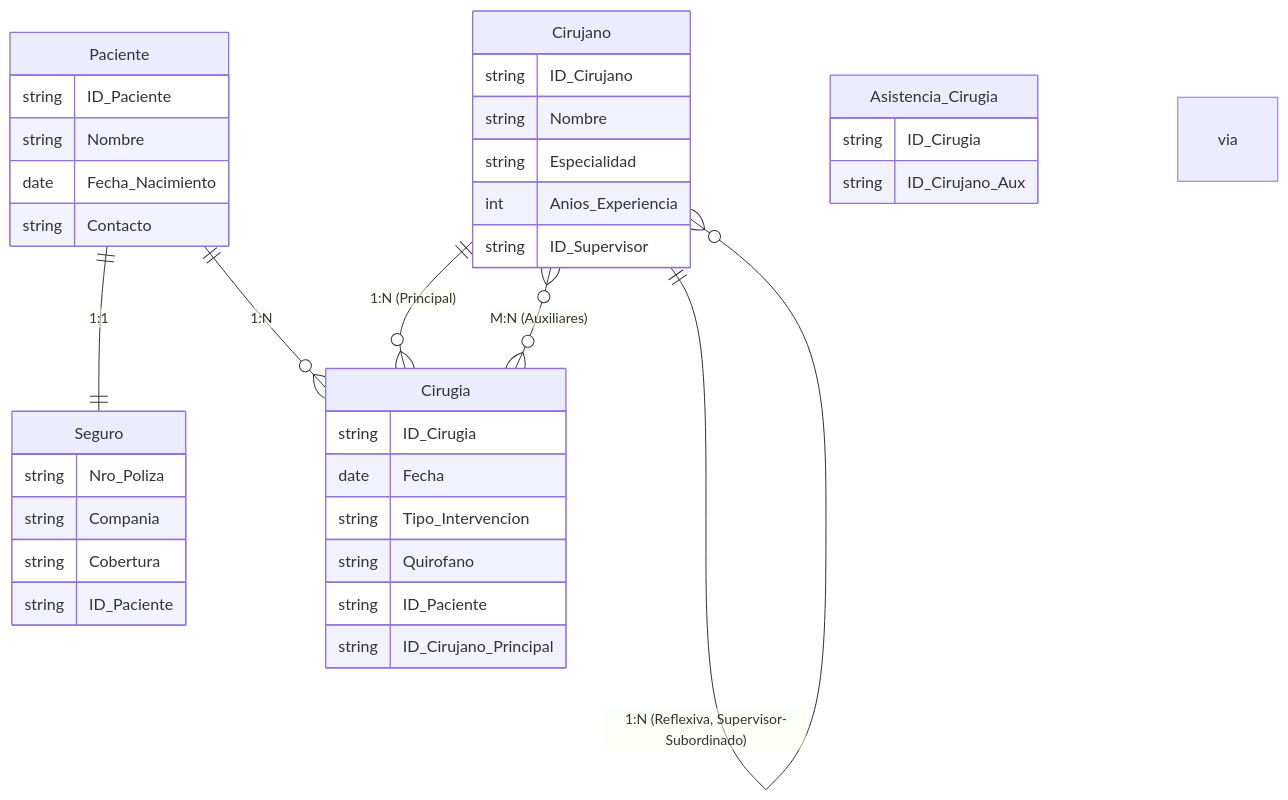
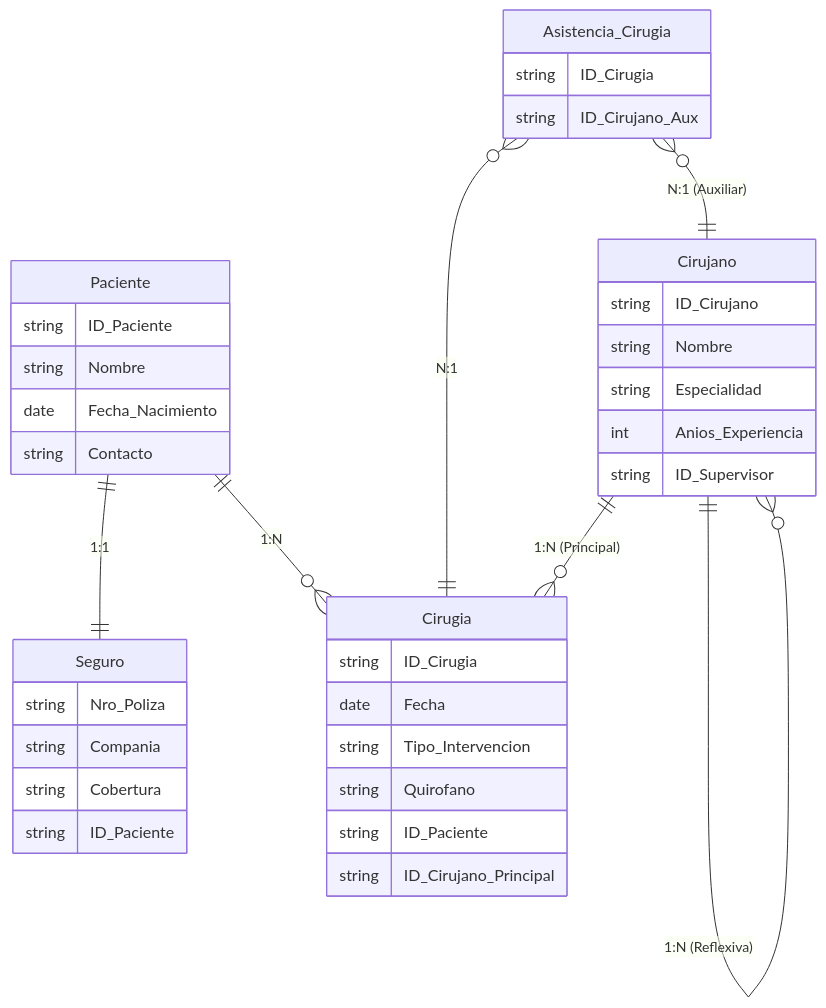
Before and after one commit to UnirCs/BBDDA-GLOBAL: the diagram in Tema_0/00_Resources/02_Hospitales.md, drawn with Mermaid. The commit also changed 6 other files, not shown here.

````diff
--- a/Tema_0/00_Resources/02_Hospitales.md
+++ b/Tema_0/00_Resources/02_Hospitales.md
@@ -45,45 +45,48 @@
 ```mermaid
 erDiagram
 
     Paciente {
         string ID_Paciente
         string Nombre
         date Fecha_Nacimiento
         string Contacto
     }
 
     Seguro {
         string Nro_Poliza
         string Compania
         string Cobertura
         string ID_Paciente
     }
 
     Cirujano {
         string ID_Cirujano
         string Nombre
         string Especialidad
         int Anios_Experiencia
         string ID_Supervisor
     }
 
     Cirugia {
         string ID_Cirugia
         date Fecha
         string Tipo_Intervencion
         string Quirofano
         string ID_Paciente
         string ID_Cirujano_Principal
     }
 
     Asistencia_Cirugia {
         string ID_Cirugia
         string ID_Cirujano_Aux
     }
 
     Paciente ||--|| Seguro : "1:1"
     Paciente ||--o{ Cirugia : "1:N"
+
     Cirujano ||--o{ Cirugia : "1:N (Principal)"
-    Cirujano ||--o{ Cirujano : "1:N (Reflexiva, Supervisor-Subordinado)"
-    Cirujano }o--o{ Cirugia : "M:N (Auxiliares)" via Asistencia_Cirugia
+    Cirujano ||--o{ Cirujano : "1:N (Reflexiva)"
+
+    Asistencia_Cirugia }o--|| Cirugia : "N:1"
+    Asistencia_Cirugia }o--|| Cirujano : "N:1 (Auxiliar)"
 ```
````
